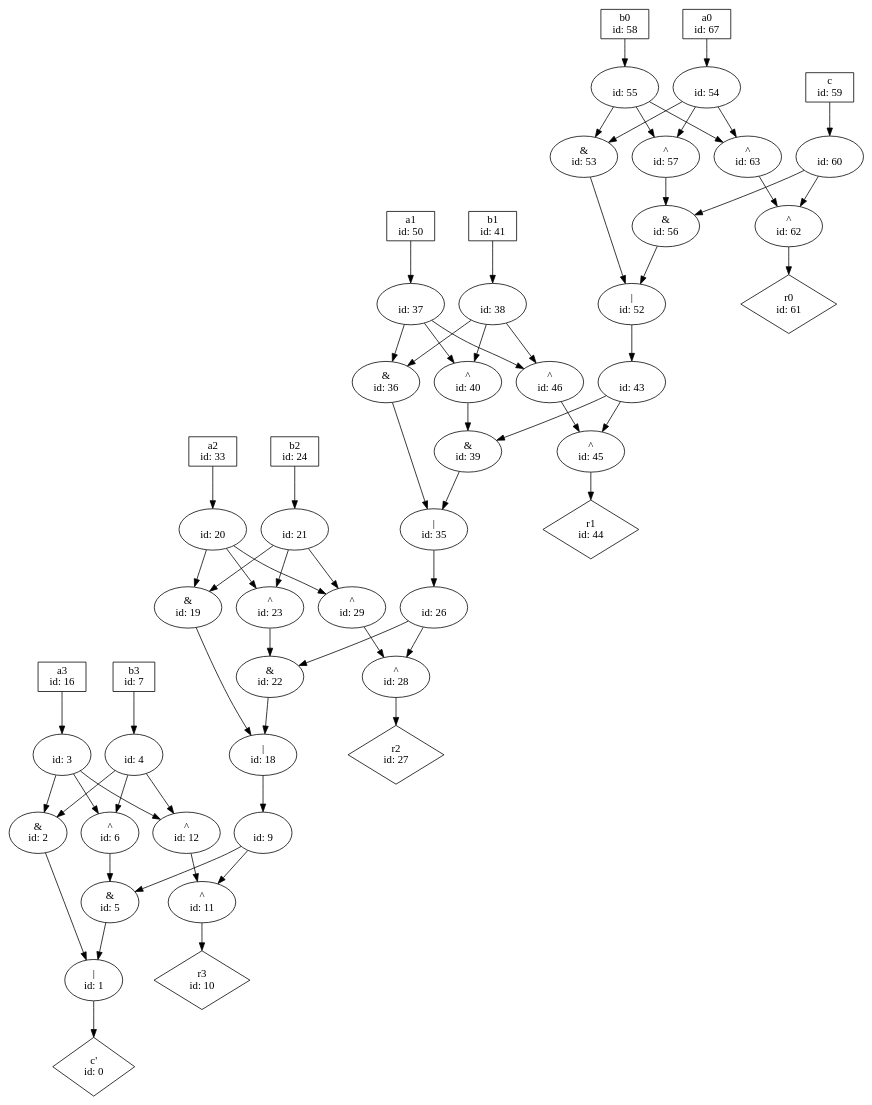
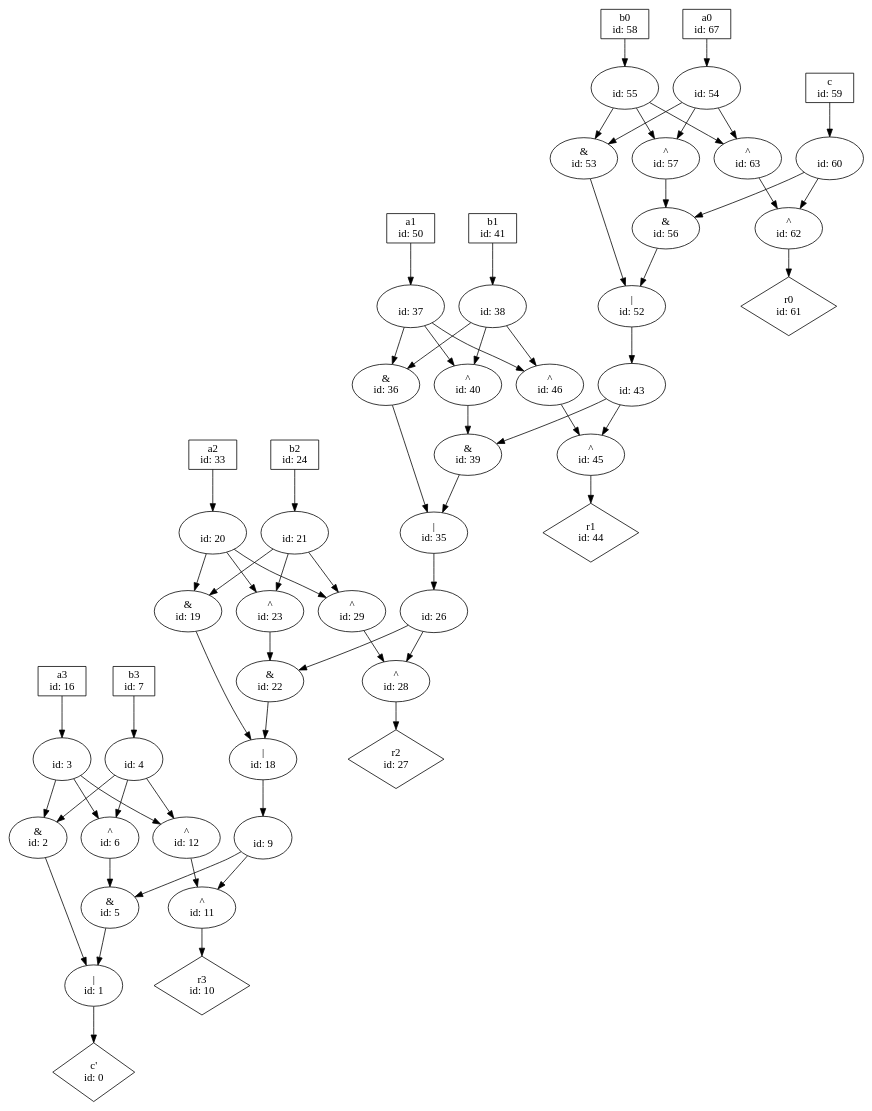
One commit to p9romain/bool-circuits changed the diagram in dot_files/bool_circ/adder.dot. Above: the diagram before and after it, drawn with Graphviz. The commit also changed 88 other files, not shown here.

```diff
--- a/dot_files/bool_circ/adder.dot
+++ b/dot_files/bool_circ/adder.dot
@@ -1,117 +1,117 @@
 digraph G {
 n0 [label="c'\n id: 0",shape="diamond"];
 n1 [label="|\n id: 1"];
 n2 [label="&\n id: 2"];
-n3 [label=" \n id: 3"];
-n4 [label=" \n id: 4"];
+n3 [label="\n id: 3"];
+n4 [label="\n id: 4"];
 n5 [label="&\n id: 5"];
 n6 [label="^\n id: 6"];
-n9 [label=" \n id: 9"];
+n9 [label="\n id: 9"];
 n10 [label="r3\n id: 10",shape="diamond"];
 n11 [label="^\n id: 11"];
 n12 [label="^\n id: 12"];
 n16 [label="a3\n id: 16",shape="box"];
 n7 [label="b3\n id: 7",shape="box"];
 n18 [label="|\n id: 18"];
 n19 [label="&\n id: 19"];
-n20 [label=" \n id: 20"];
-n21 [label=" \n id: 21"];
+n20 [label="\n id: 20"];
+n21 [label="\n id: 21"];
 n22 [label="&\n id: 22"];
 n23 [label="^\n id: 23"];
-n26 [label=" \n id: 26"];
+n26 [label="\n id: 26"];
 n27 [label="r2\n id: 27",shape="diamond"];
 n28 [label="^\n id: 28"];
 n29 [label="^\n id: 29"];
 n33 [label="a2\n id: 33",shape="box"];
 n24 [label="b2\n id: 24",shape="box"];
 n35 [label="|\n id: 35"];
 n36 [label="&\n id: 36"];
-n37 [label=" \n id: 37"];
-n38 [label=" \n id: 38"];
+n37 [label="\n id: 37"];
+n38 [label="\n id: 38"];
 n39 [label="&\n id: 39"];
 n40 [label="^\n id: 40"];
-n43 [label=" \n id: 43"];
+n43 [label="\n id: 43"];
 n44 [label="r1\n id: 44",shape="diamond"];
 n45 [label="^\n id: 45"];
 n46 [label="^\n id: 46"];
 n50 [label="a1\n id: 50",shape="box"];
 n41 [label="b1\n id: 41",shape="box"];
 n52 [label="|\n id: 52"];
 n53 [label="&\n id: 53"];
-n54 [label=" \n id: 54"];
-n55 [label=" \n id: 55"];
+n54 [label="\n id: 54"];
+n55 [label="\n id: 55"];
 n56 [label="&\n id: 56"];
 n57 [label="^\n id: 57"];
-n60 [label=" \n id: 60"];
+n60 [label="\n id: 60"];
 n61 [label="r0\n id: 61",shape="diamond"];
 n62 [label="^\n id: 62"];
 n63 [label="^\n id: 63"];
 n67 [label="a0\n id: 67",shape="box"];
 n58 [label="b0\n id: 58",shape="box"];
 n59 [label="c\n id: 59",shape="box"];
 n1 -> n0
 n2 -> n1
 n3 -> n2
 n3 -> n6
 n3 -> n12
 n4 -> n2
 n4 -> n6
 n4 -> n12
 n5 -> n1
 n6 -> n5
 n9 -> n5
 n9 -> n11
 n11 -> n10
 n12 -> n11
 n16 -> n3
 n7 -> n4
 n18 -> n9
 n19 -> n18
 n20 -> n19
 n20 -> n23
 n20 -> n29
 n21 -> n19
 n21 -> n23
 n21 -> n29
 n22 -> n18
 n23 -> n22
 n26 -> n22
 n26 -> n28
 n28 -> n27
 n29 -> n28
 n33 -> n20
 n24 -> n21
 n35 -> n26
 n36 -> n35
 n37 -> n36
 n37 -> n40
 n37 -> n46
 n38 -> n36
 n38 -> n40
 n38 -> n46
 n39 -> n35
 n40 -> n39
 n43 -> n39
 n43 -> n45
 n45 -> n44
 n46 -> n45
 n50 -> n37
 n41 -> n38
 n52 -> n43
 n53 -> n52
 n54 -> n53
 n54 -> n57
 n54 -> n63
 n55 -> n53
 n55 -> n57
 n55 -> n63
 n56 -> n52
 n57 -> n56
 n60 -> n56
 n60 -> n62
 n62 -> n61
 n63 -> n62
 n67 -> n54
 n58 -> n55
 n59 -> n60
 }
```
